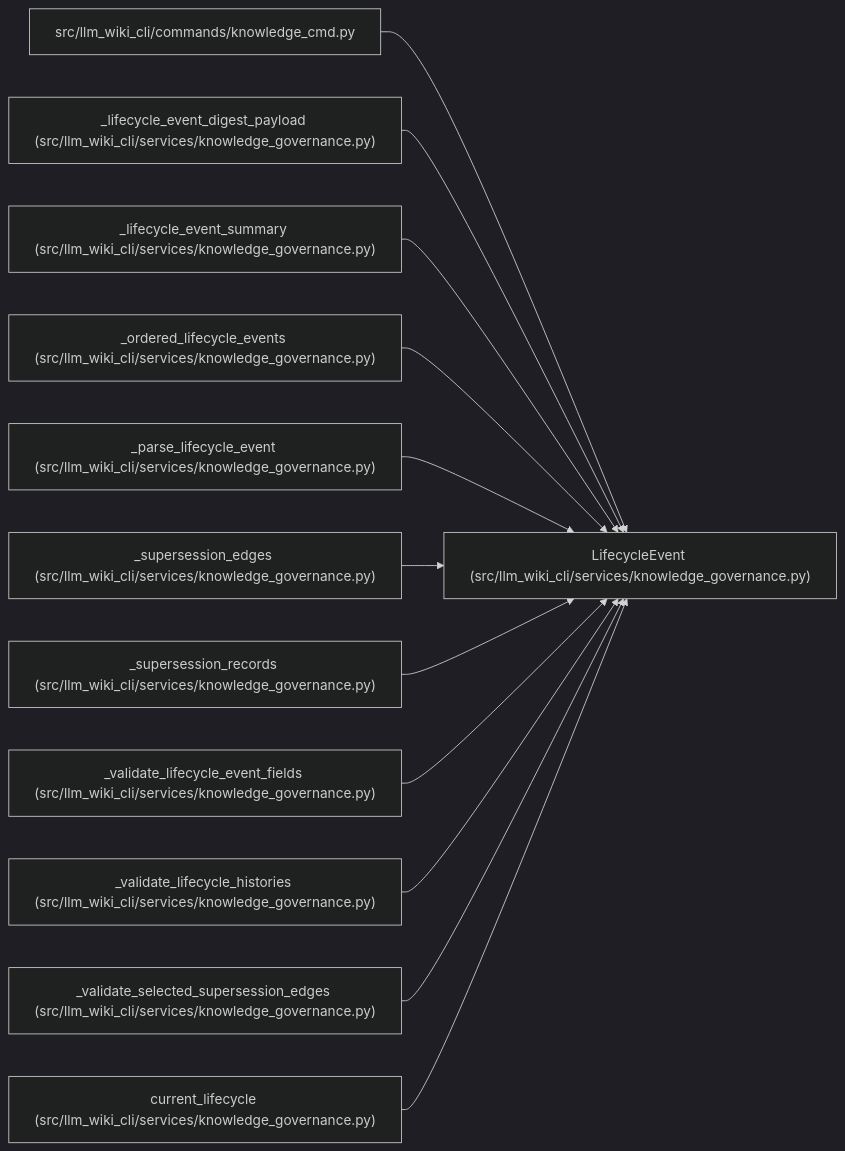
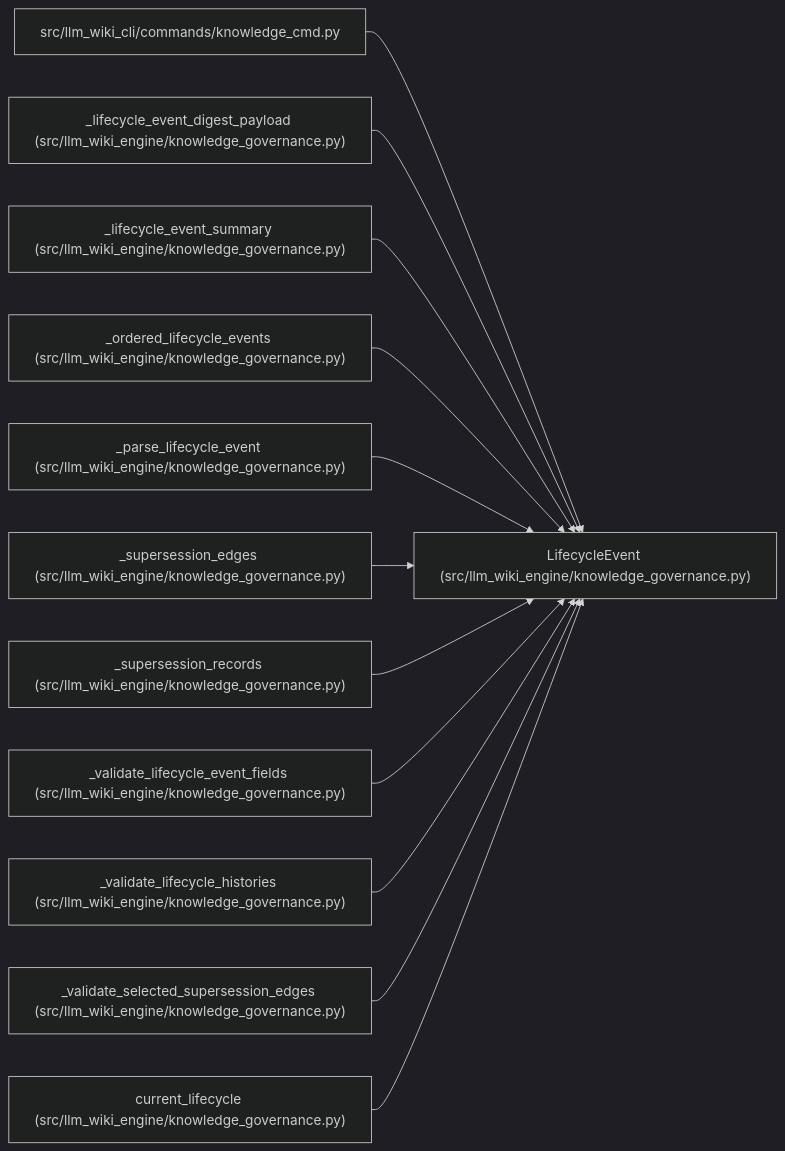
Before and after one commit to Denissvgn/python-wiki-llm: the diagram in docs/llm_wiki/entities/LifecycleEvent.md, drawn with Mermaid (dark theme). The commit also changed other lines of this file and 1058 other files, not shown here.

First line of the commit message:
docs: refresh the wiki for the knowledge store move

````diff
--- a/docs/llm_wiki/entities/LifecycleEvent.md
+++ b/docs/llm_wiki/entities/LifecycleEvent.md
@@ -37,38 +37,38 @@
 ```mermaid
 flowchart LR
-    n0["LifecycleEvent (src/llm_wiki_cli/services/knowledge_governance.py)"]
+    n0["LifecycleEvent (src/llm_wiki_engine/knowledge_governance.py)"]
     n1["src/llm_wiki_cli/commands/knowledge_cmd.py"]
-    n2["_lifecycle_event_digest_payload (src/llm_wiki_cli/services/knowledge_governance.py)"]
-    n3["_lifecycle_event_summary (src/llm_wiki_cli/services/knowledge_governance.py)"]
-    n4["_ordered_lifecycle_events (src/llm_wiki_cli/services/knowledge_governance.py)"]
-    n5["_parse_lifecycle_event (src/llm_wiki_cli/services/knowledge_governance.py)"]
-    n6["_supersession_edges (src/llm_wiki_cli/services/knowledge_governance.py)"]
-    n7["_supersession_records (src/llm_wiki_cli/services/knowledge_governance.py)"]
-    n8["_validate_lifecycle_event_fields (src/llm_wiki_cli/services/knowledge_governance.py)"]
-    n9["_validate_lifecycle_histories (src/llm_wiki_cli/services/knowledge_governance.py)"]
-    n10["_validate_selected_supersession_edges (src/llm_wiki_cli/services/knowledge_governance.py)"]
-    n11["current_lifecycle (src/llm_wiki_cli/services/knowledge_governance.py)"]
+    n2["_lifecycle_event_digest_payload (src/llm_wiki_engine/knowledge_governance.py)"]
+    n3["_lifecycle_event_summary (src/llm_wiki_engine/knowledge_governance.py)"]
+    n4["_ordered_lifecycle_events (src/llm_wiki_engine/knowledge_governance.py)"]
+    n5["_parse_lifecycle_event (src/llm_wiki_engine/knowledge_governance.py)"]
+    n6["_supersession_edges (src/llm_wiki_engine/knowledge_governance.py)"]
+    n7["_supersession_records (src/llm_wiki_engine/knowledge_governance.py)"]
+    n8["_validate_lifecycle_event_fields (src/llm_wiki_engine/knowledge_governance.py)"]
+    n9["_validate_lifecycle_histories (src/llm_wiki_engine/knowledge_governance.py)"]
+    n10["_validate_selected_supersession_edges (src/llm_wiki_engine/knowledge_governance.py)"]
+    n11["current_lifecycle (src/llm_wiki_engine/knowledge_governance.py)"]
     n1 --> n0
     n2 --> n0
     n3 --> n0
     n4 --> n0
     n5 --> n0
     n6 --> n0
     n7 --> n0
     n8 --> n0
     n9 --> n0
     n10 --> n0
     n11 --> n0
     click n0 "../modules/knowledge_governance.md"
     click n1 "../modules/knowledge_cmd.md"
     click n2 "../modules/knowledge_governance.md"
     click n3 "../modules/knowledge_governance.md"
     click n4 "../modules/knowledge_governance.md"
     click n5 "../modules/knowledge_governance.md"
     click n6 "../modules/knowledge_governance.md"
     click n7 "../modules/knowledge_governance.md"
     click n8 "../modules/knowledge_governance.md"
     click n9 "../modules/knowledge_governance.md"
     click n10 "../modules/knowledge_governance.md"
     click n11 "../modules/knowledge_governance.md"
 ```
````
